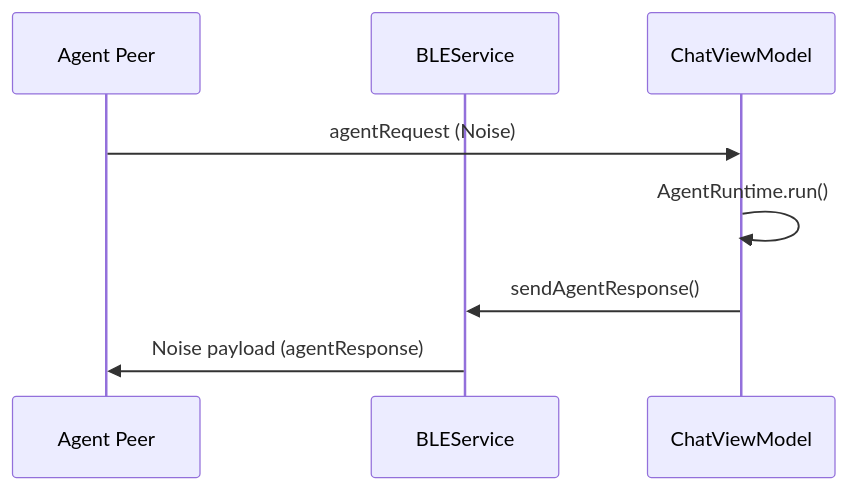
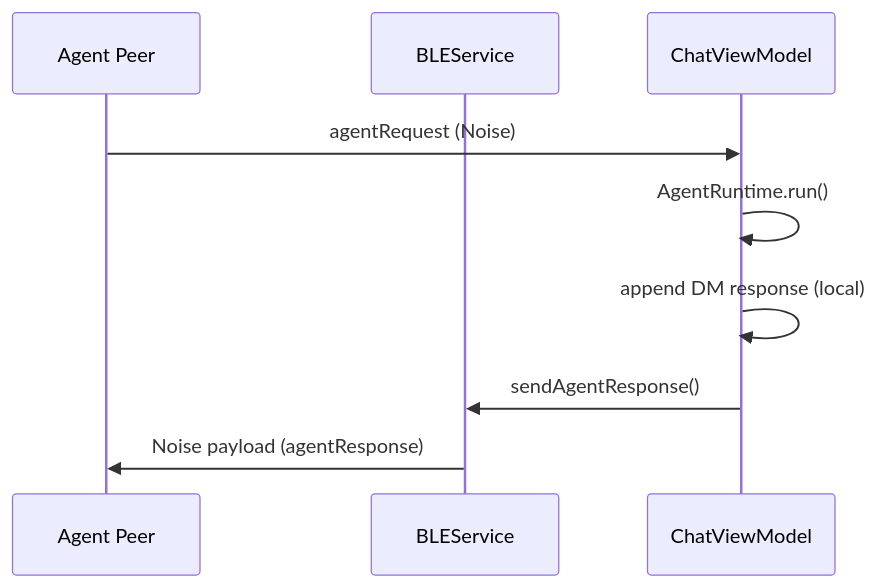
Before and after one commit to kylewalsh525/bitchat: the third of 3 diagrams in docs/AGENT_MESH_IMPLEMENTATION.md, drawn with Mermaid. The commit also changed other lines of this file and 45 other files, not shown here.

````diff
--- a/docs/AGENT_MESH_IMPLEMENTATION.md
+++ b/docs/AGENT_MESH_IMPLEMENTATION.md
@@ -71,10 +85,11 @@
 ```mermaid
 sequenceDiagram
   participant Peer as Agent Peer
   participant BLE as BLEService
   participant VM as ChatViewModel
   Peer->>VM: agentRequest (Noise)
   VM->>VM: AgentRuntime.run()
+  VM->>VM: append DM response (local)
   VM->>BLE: sendAgentResponse()
   BLE->>Peer: Noise payload (agentResponse)
 ```
````
